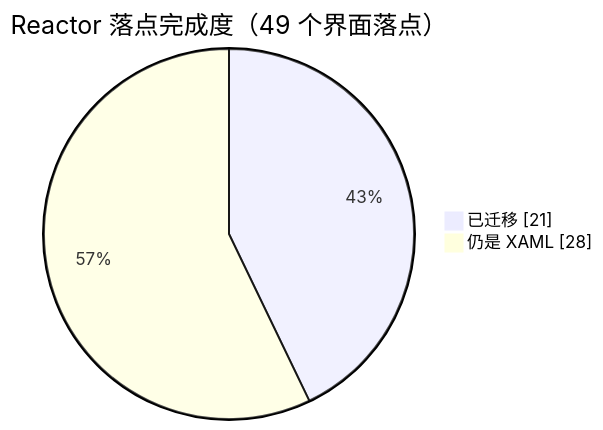
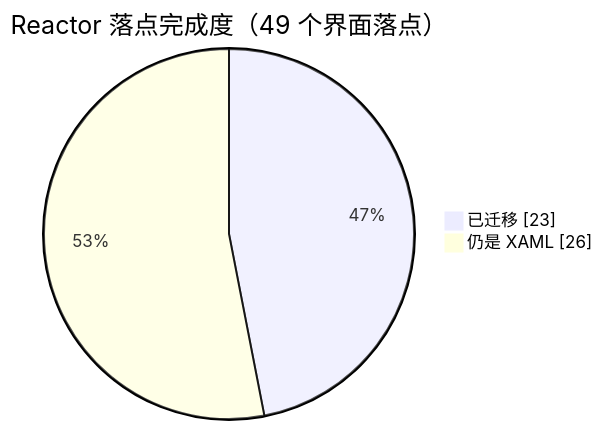
The diagram in README.md (TravelLeobai/Bili.Copilot), drawn with Mermaid before and after one commit. The commit also changed other lines of this file, not shown here.

````diff
--- a/README.md
+++ b/README.md
@@ -31,6 +38,6 @@
 ```mermaid
 pie showData
     title Reactor 落点完成度（49 个界面落点）
-    "已迁移" : 21
-    "仍是 XAML" : 28
+    "已迁移" : 23
+    "仍是 XAML" : 26
 ```
````
